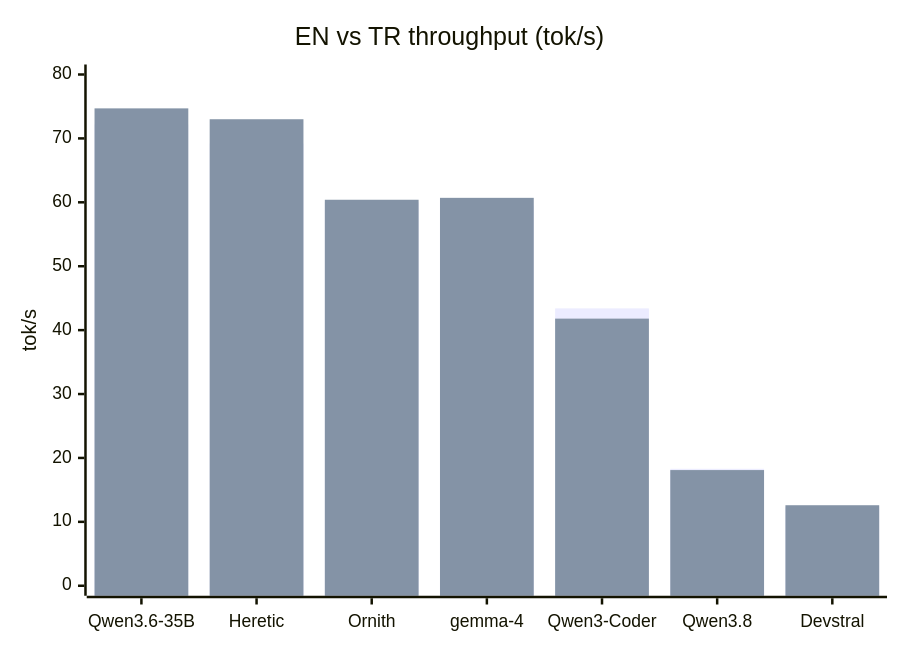
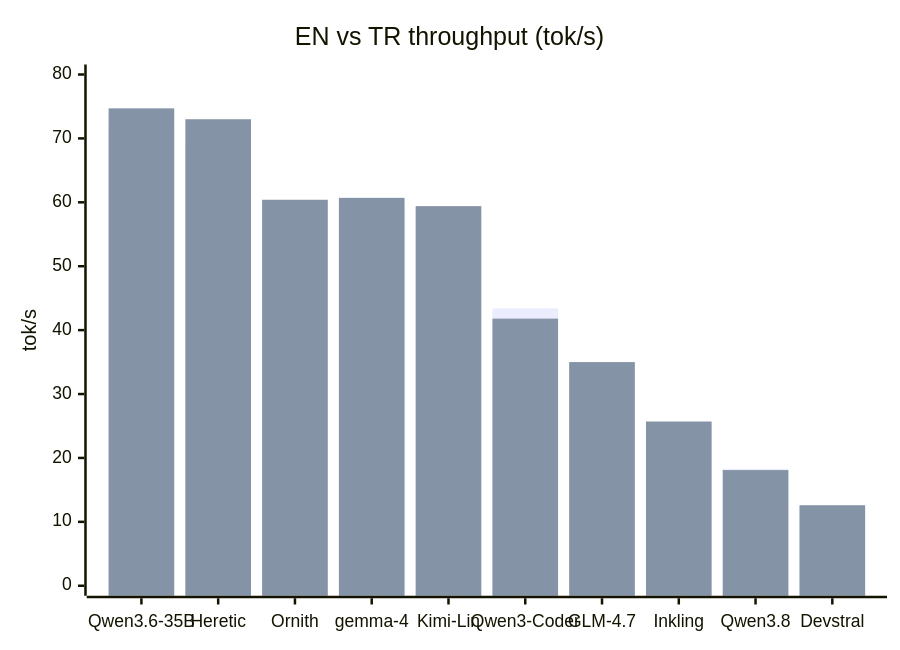
The second of 4 diagrams in README.md (mahirfatih/omlx-m1-max-benchmark), drawn with Mermaid before and after one commit. The commit also changed other lines of this file and 56 other files, not shown here.

````diff
--- a/README.md
+++ b/README.md
@@ -146,8 +156,8 @@
 ```mermaid
 xychart-beta
     title "EN vs TR throughput (tok/s)"
-    x-axis ["Qwen3.6-35B", "Heretic", "Ornith", "gemma-4", "Qwen3-Coder", "Qwen3.8", "Devstral"]
+    x-axis ["Qwen3.6-35B", "Heretic", "Ornith", "gemma-4", "Kimi-Lin", "Qwen3-Coder", "GLM-4.7", "Inkling", "Qwen3.8", "Devstral"]
     y-axis "tok/s" 0 --> 80
-    bar [72.2, 69.2, 60.0, 59.5, 43.4, 18.3, 12.3]
-    bar [74.7, 73.0, 60.4, 60.7, 41.8, 18.1, 12.6]
+    bar [72.2, 69.2, 60.0, 59.5, 58.5, 43.4, 34.9, 25.1, 18.3, 12.3]
+    bar [74.7, 73.0, 60.4, 60.7, 59.4, 41.8, 35.0, 25.7, 18.1, 12.6]
 ```
````
